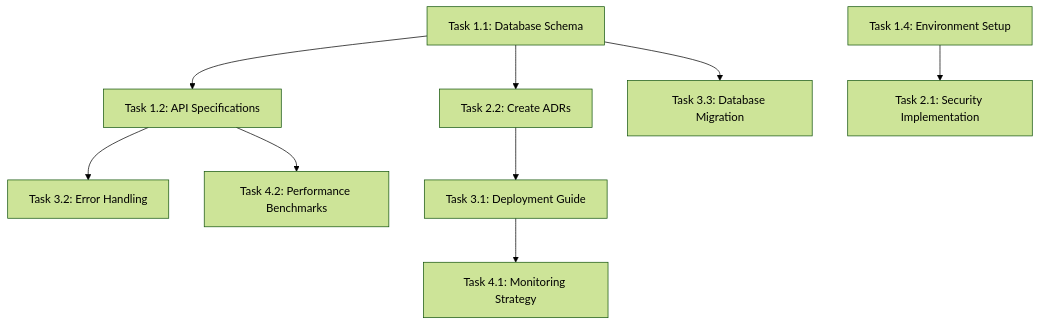
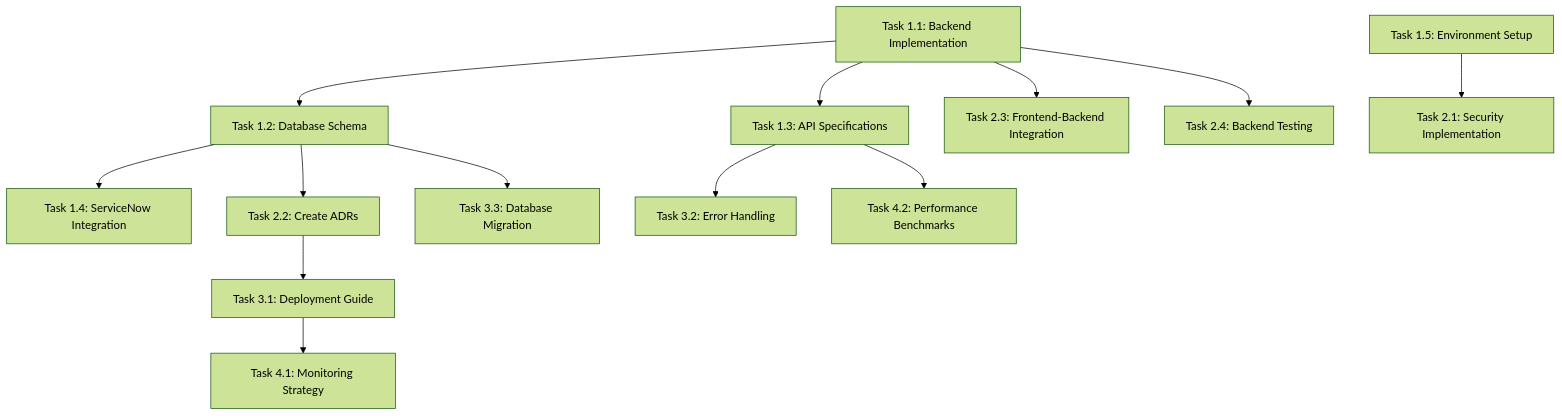
The diagram in docs/Project_Tasks.md (roberjo/ticket-automation), drawn with Mermaid (forest theme) before and after one commit. The commit also changed other lines of this file and 7 other files, not shown here.

````diff
--- a/docs/Project_Tasks.md
+++ b/docs/Project_Tasks.md
@@ -460,11 +447,15 @@
 ```mermaid
 graph TD
-    A[Task 1.1: Database Schema] --> B[Task 1.2: API Specifications]
-    A --> C[Task 2.2: Create ADRs]
-    A --> D[Task 3.3: Database Migration]
-    B --> E[Task 3.2: Error Handling]
-    B --> F[Task 4.2: Performance Benchmarks]
-    G[Task 1.4: Environment Setup] --> H[Task 2.1: Security Implementation]
-    C --> I[Task 3.1: Deployment Guide]
-    I --> J[Task 4.1: Monitoring Strategy]
+    A[Task 1.1: Backend Implementation] --> B[Task 1.2: Database Schema]
+    A --> C[Task 1.3: API Specifications]
+    A --> D[Task 2.3: Frontend-Backend Integration]
+    A --> E[Task 2.4: Backend Testing]
+    B --> F[Task 1.4: ServiceNow Integration]
+    B --> G[Task 2.2: Create ADRs]
+    B --> H[Task 3.3: Database Migration]
+    C --> I[Task 3.2: Error Handling]
+    C --> J[Task 4.2: Performance Benchmarks]
+    K[Task 1.5: Environment Setup] --> L[Task 2.1: Security Implementation]
+    G --> M[Task 3.1: Deployment Guide]
+    M --> N[Task 4.1: Monitoring Strategy]
 ```
````
